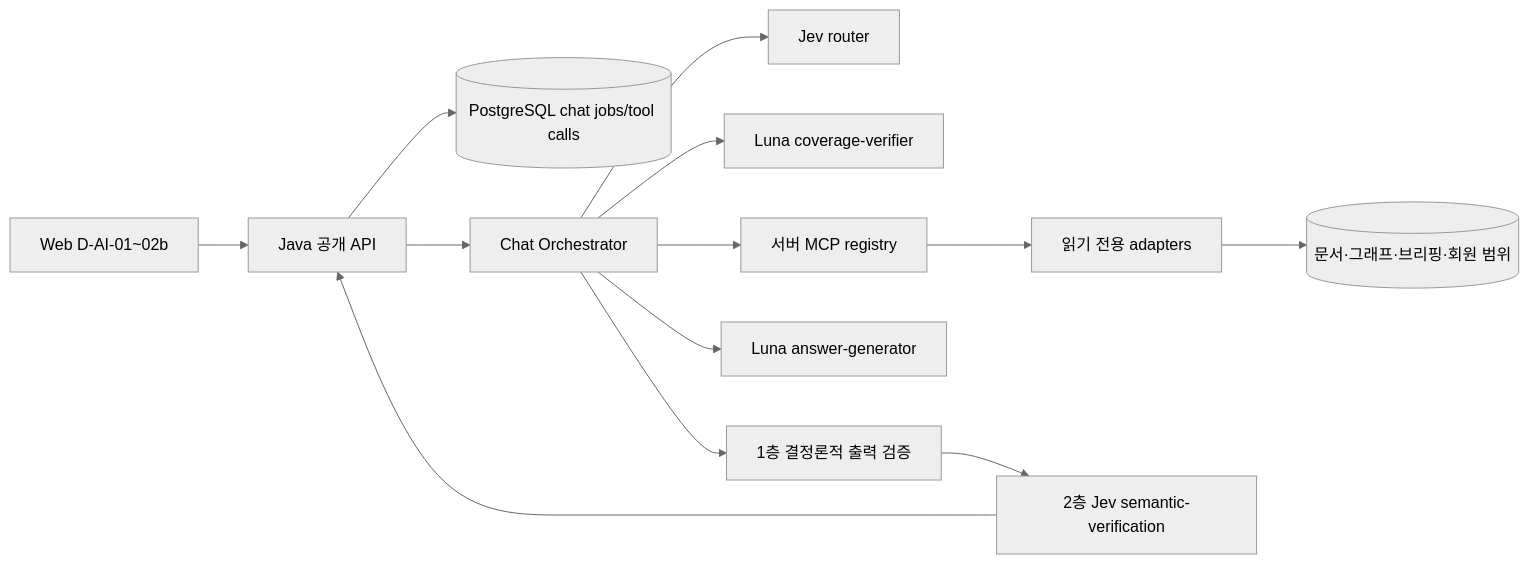
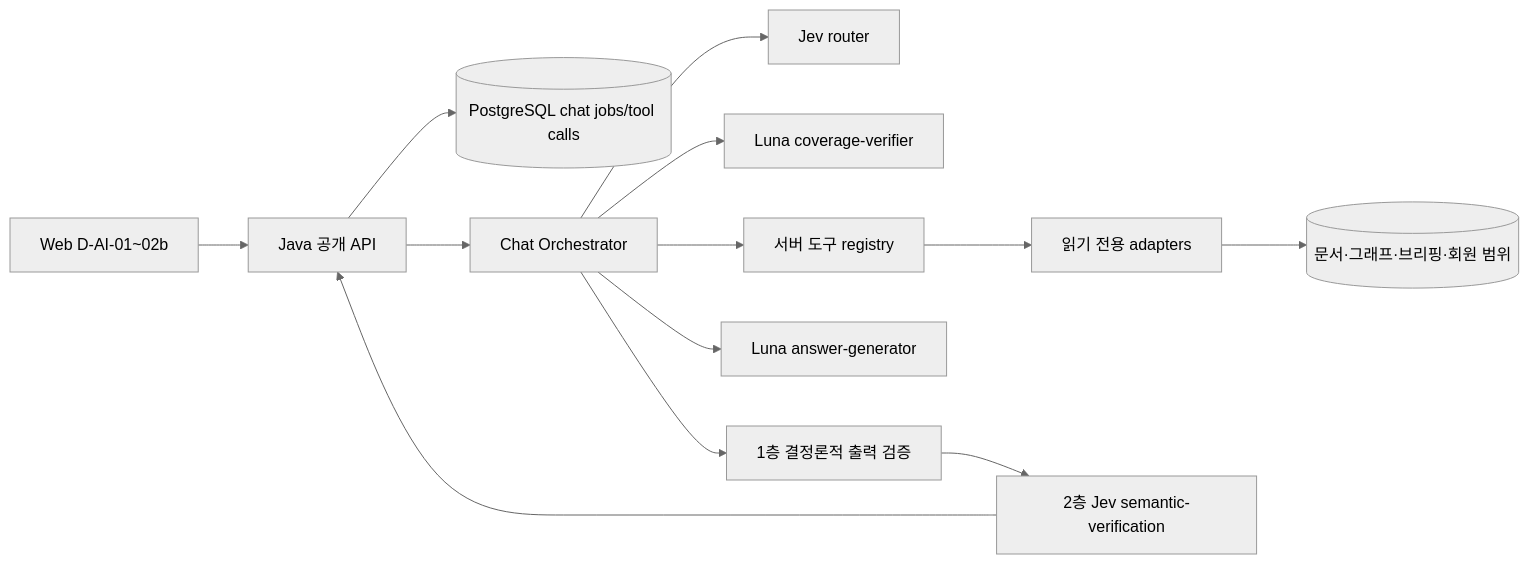
Before and after one commit to Donbug/zoop: the diagram in docs/development/ai-chatbot-implementation-plan.md, drawn with Mermaid (neutral theme). The commit also changed other lines of this file and 12 other files, not shown here.

````diff
--- a/docs/development/ai-chatbot-implementation-plan.md
+++ b/docs/development/ai-chatbot-implementation-plan.md
@@ -36,15 +36,15 @@
 ```mermaid
 flowchart LR
     web[Web D-AI-01~02b] --> app[Java 공개 API]
     app --> db[(PostgreSQL chat jobs/tool calls)]
     app --> orch[Chat Orchestrator]
     orch --> jev[Jev router]
     orch --> luna1[Luna coverage-verifier]
-    orch --> registry[서버 MCP registry]
+    orch --> registry[서버 도구 registry]
     registry --> adapters[읽기 전용 adapters]
     adapters --> stores[(문서·그래프·브리핑·회원 범위)]
     orch --> luna2[Luna answer-generator]
     orch --> validate[1층 결정론적 출력 검증]
     validate --> jev2[2층 Jev semantic-verification]
     jev2 --> app
 ```
````
